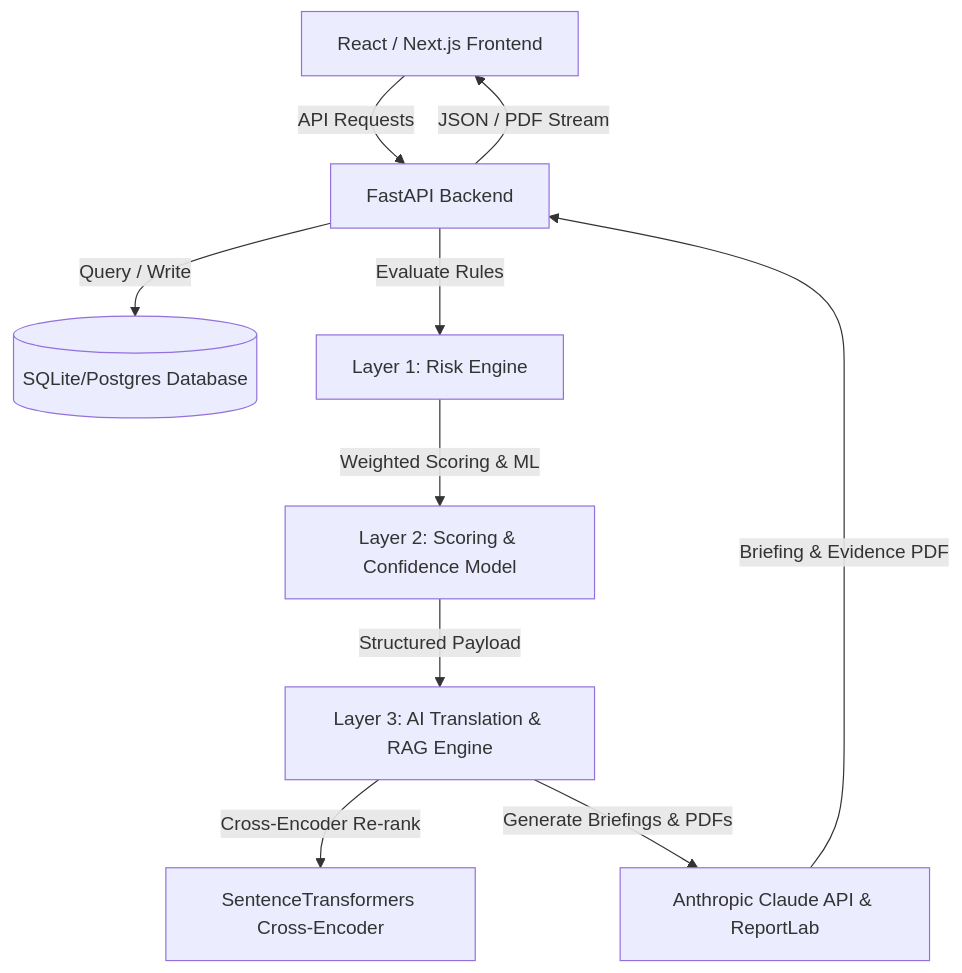
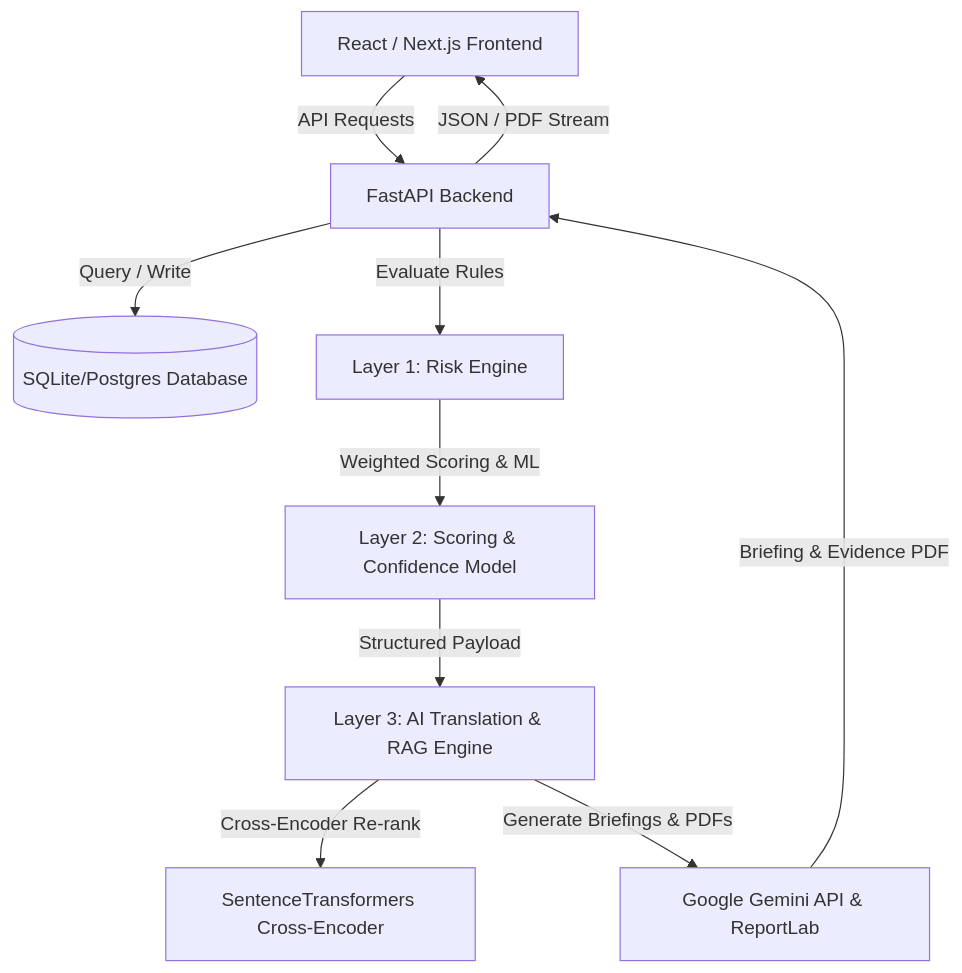
Before and after one commit to jainharshil34/Sentinal-: the diagram in README.md, drawn with Mermaid. The commit also changed other lines of this file, not shown here.

Commit message:
docs: update README.md to reference Google Gemini API and GEMINI_API_KEY

````diff
--- a/README.md
+++ b/README.md
@@ -43,12 +43,12 @@
 ```mermaid
 graph TD
     A[React / Next.js Frontend] -->|API Requests| B[FastAPI Backend]
     B -->|Query / Write| C[(SQLite/Postgres Database)]
     B -->|Evaluate Rules| D[Layer 1: Risk Engine]
     D -->|Weighted Scoring & ML| E[Layer 2: Scoring & Confidence Model]
     E -->|Structured Payload| F[Layer 3: AI Translation & RAG Engine]
     F -->|Cross-Encoder Re-rank| G[SentenceTransformers Cross-Encoder]
-    F -->|Generate Briefings & PDFs| H[Anthropic Claude API & ReportLab]
+    F -->|Generate Briefings & PDFs| H[Google Gemini API & ReportLab]
     H -->|Briefing & Evidence PDF| B
     B -->|JSON / PDF Stream| A
 ```
````
